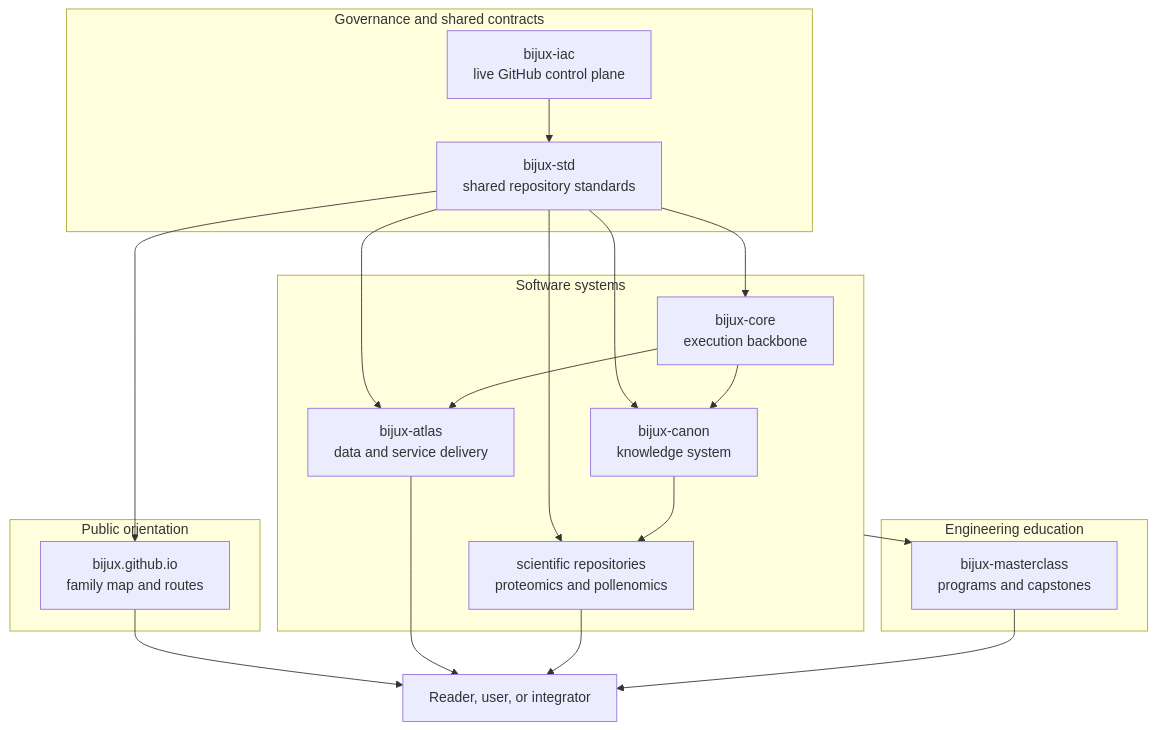
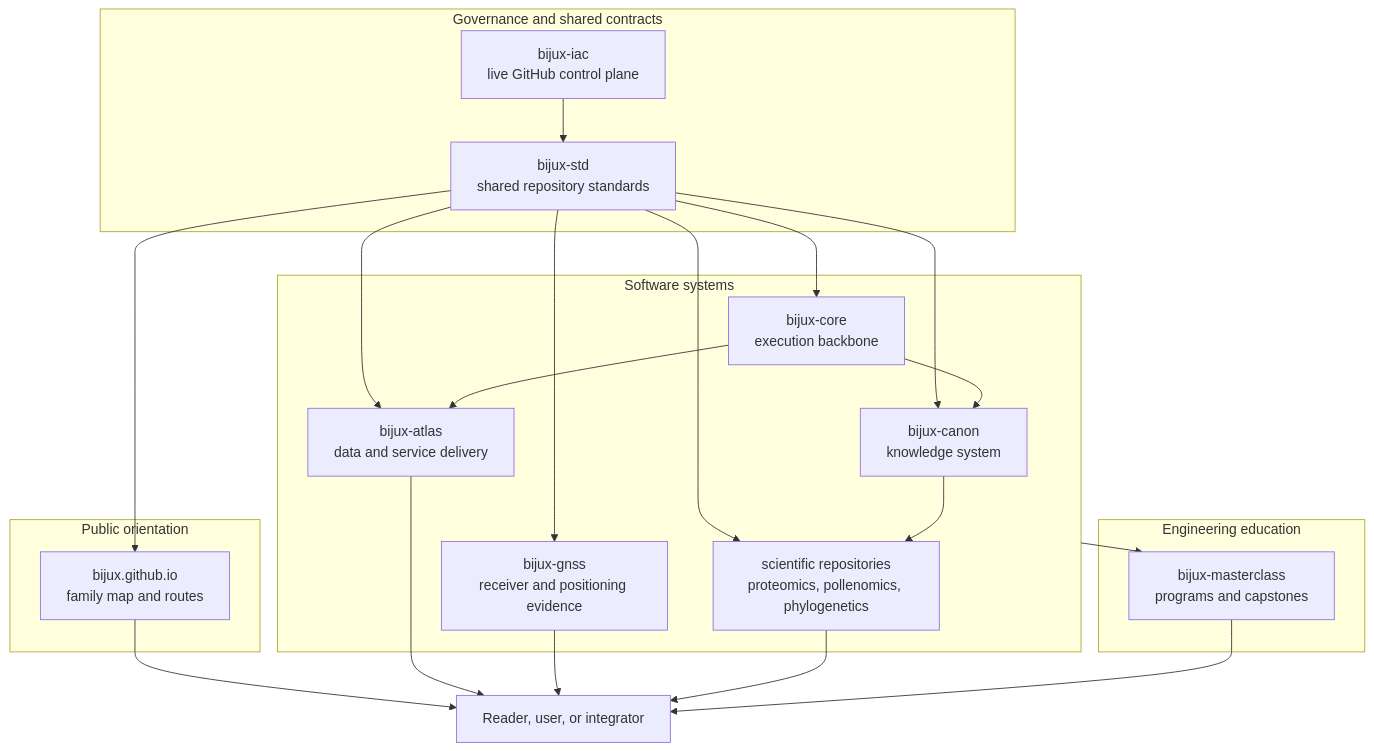
Before and after one commit to bijux/bijux.github.io: the first of 2 diagrams in docs/index.md, drawn with Mermaid. The commit also changed other lines of this file and 5 other files, not shown here.

Commit message:
docs(catalog): add gnss and phylogenetics evidence routes

````diff
--- a/docs/index.md
+++ b/docs/index.md
@@ -40,39 +43,42 @@
 ```mermaid
 flowchart TB
     reader["Reader, user, or integrator"]
 
     subgraph foundation["Governance and shared contracts"]
         iac["bijux-iac<br/>live GitHub control plane"]
         std["bijux-std<br/>shared repository standards"]
     end
 
     subgraph orientation["Public orientation"]
         hub["bijux.github.io<br/>family map and routes"]
     end
 
     subgraph systems["Software systems"]
         core["bijux-core<br/>execution backbone"]
         canon["bijux-canon<br/>knowledge system"]
         atlas["bijux-atlas<br/>data and service delivery"]
-        domains["scientific repositories<br/>proteomics and pollenomics"]
+        gnss["bijux-gnss<br/>receiver and positioning evidence"]
+        domains["scientific repositories<br/>proteomics, pollenomics, phylogenetics"]
     end
 
     subgraph education["Engineering education"]
         masterclass["bijux-masterclass<br/>programs and capstones"]
     end
 
     iac --> std
     std --> hub
     std --> core
     std --> canon
     std --> atlas
+    std --> gnss
     std --> domains
     core --> canon
     core --> atlas
     canon --> domains
     hub --> reader
     atlas --> reader
+    gnss --> reader
     domains --> reader
     masterclass --> reader
     systems --> masterclass
 ```
````
